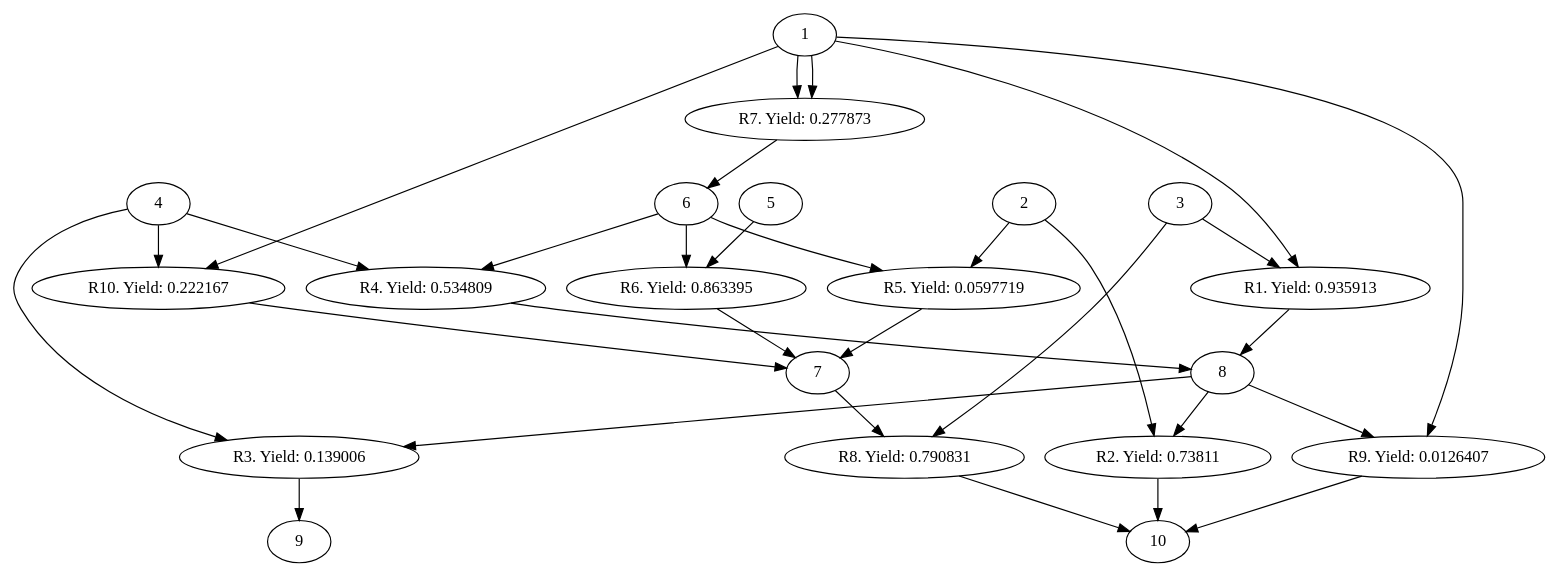
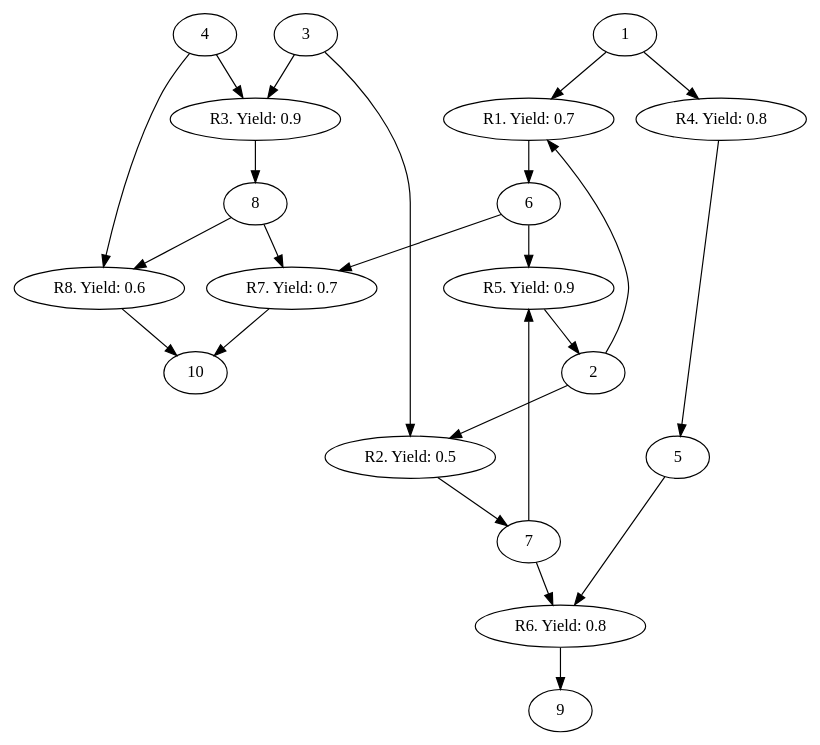
One commit to hschu12/Speciale changed the diagram in src/Graph.gv. Above: the diagram before and after it, drawn with Graphviz. The commit also changed 5 other files, not shown here.

```diff
--- a/src/Graph.gv
+++ b/src/Graph.gv
@@ -1,44 +1,35 @@
 digraph G { 
 {
-	R1 [label = "R1. Yield: 0.935913"]
-	R2 [label = "R2. Yield: 0.73811"]
-	R3 [label = "R3. Yield: 0.139006"]
-	R4 [label = "R4. Yield: 0.534809"]
-	R5 [label = "R5. Yield: 0.0597719"]
-	R6 [label = "R6. Yield: 0.863395"]
-	R7 [label = "R7. Yield: 0.277873"]
-	R8 [label = "R8. Yield: 0.790831"]
-	R9 [label = "R9. Yield: 0.0126407"]
-	R10 [label = "R10. Yield: 0.222167"]
+	R1 [label = "R1. Yield: 0.7"]
+	R2 [label = "R2. Yield: 0.5"]
+	R3 [label = "R3. Yield: 0.9"]
+	R4 [label = "R4. Yield: 0.8"]
+	R5 [label = "R5. Yield: 0.9"]
+	R6 [label = "R6. Yield: 0.8"]
+	R7 [label = "R7. Yield: 0.7"]
+	R8 [label = "R8. Yield: 0.6"]
 }
-	R1 -> 8;
-	3 -> R1;
+	R1 -> 6;
 	1 -> R1;
-	R2 -> 10;
-	8 -> R2;
+	2 -> R1;
+	R2 -> 7;
 	2 -> R2;
-	R3 -> 9;
+	3 -> R2;
+	R3 -> 8;
+	3 -> R3;
 	4 -> R3;
-	8 -> R3;
-	R4 -> 8;
-	6 -> R4;
-	4 -> R4;
-	R5 -> 7;
+	R4 -> 5;
+	1 -> R4;
+	R5 -> 2;
 	6 -> R5;
-	2 -> R5;
-	R6 -> 7;
+	7 -> R5;
+	R6 -> 9;
 	5 -> R6;
-	6 -> R6;
-	R7 -> 6;
-	1 -> R7;
-	1 -> R7;
+	7 -> R6;
+	R7 -> 10;
+	6 -> R7;
+	8 -> R7;
 	R8 -> 10;
-	7 -> R8;
-	3 -> R8;
-	R9 -> 10;
-	8 -> R9;
-	1 -> R9;
-	R10 -> 7;
-	4 -> R10;
-	1 -> R10;
+	8 -> R8;
+	4 -> R8;
 }
```
